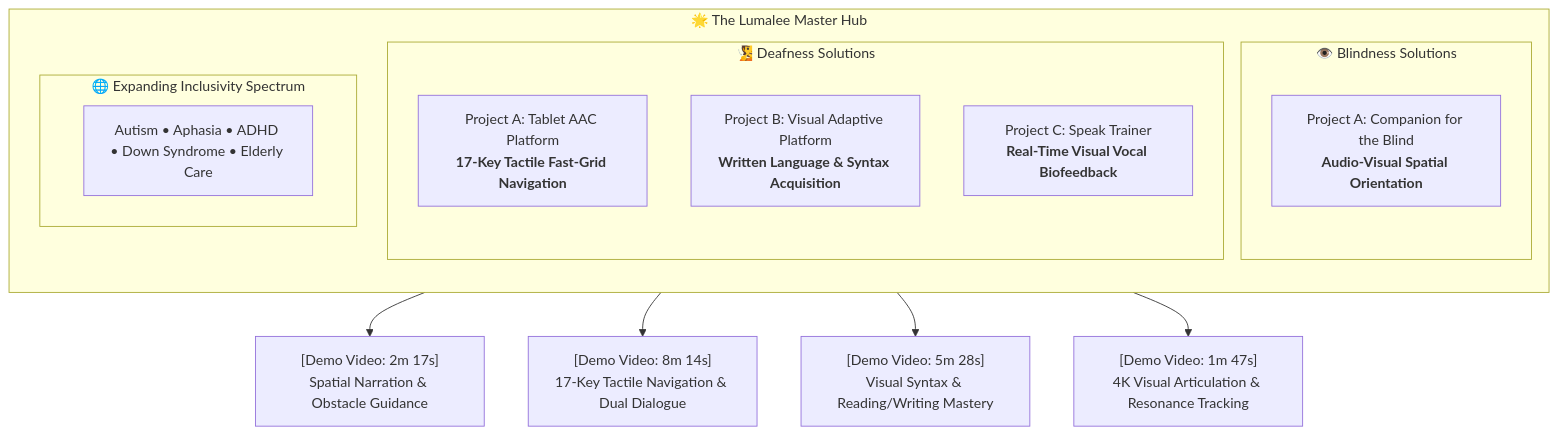
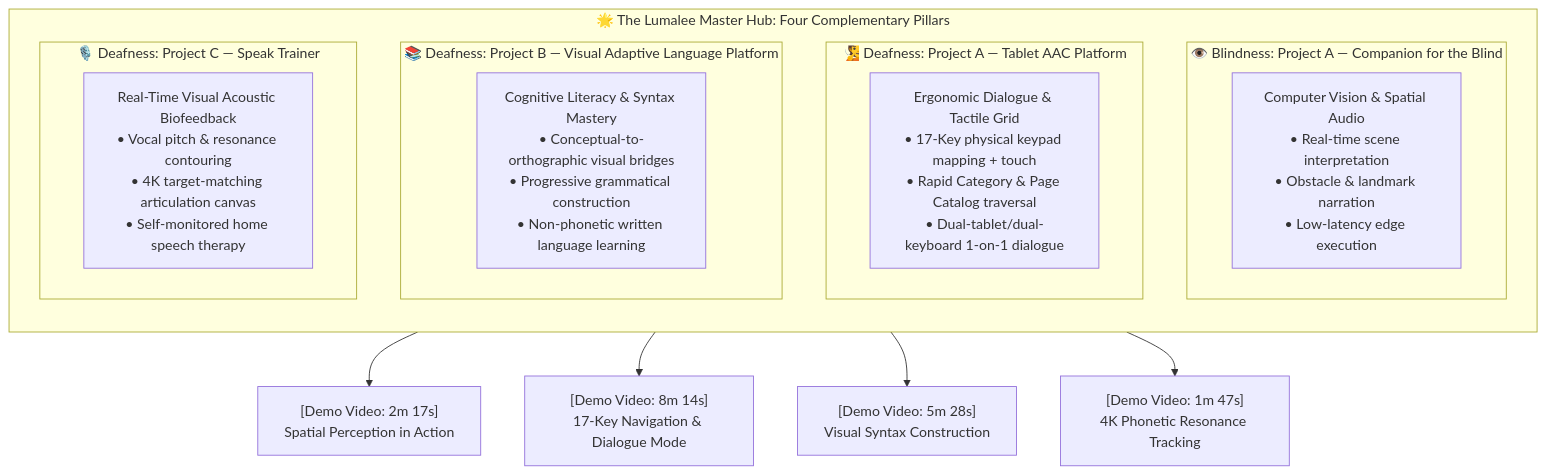
Before and after one commit to luis-angel-montiel-moreno/Lumalee-AssistiveTech-Solutions-Hub: the first of 3 diagrams in FUNDING_AND_SPONSORSHIP_DOSSIER.md, drawn with Mermaid. The commit also changed other lines of this file, not shown here.

Commit message:
Harmonize sponsorship dossier with master hub architecture across all 4 pillars

````diff
--- a/FUNDING_AND_SPONSORSHIP_DOSSIER.md
+++ b/FUNDING_AND_SPONSORSHIP_DOSSIER.md
@@ -69,25 +71,27 @@
 ```mermaid
 flowchart TD
-    subgraph MasterHub["🌟 The Lumalee Master Hub"]
+    subgraph MasterHub["🌟 The Lumalee Master Hub: Four Complementary Pillars"]
         direction TB
 
-        subgraph BlindSection["👁️ Blindness Solutions"]
-            P_Blind["Project A: Companion for the Blind<br/><b>Audio-Visual Spatial Orientation</b>"]
+        subgraph P1["👁️ Blindness: Project A — Companion for the Blind"]
+            T1["Computer Vision & Spatial Audio<br/>• Real-time scene interpretation<br/>• Obstacle & landmark narration<br/>• Low-latency edge execution"]
         end
 
-        subgraph DeafSection["🧏 Deafness Solutions"]
-            P_DeafA["Project A: Tablet AAC Platform<br/><b>17-Key Tactile Fast-Grid Navigation</b>"]
-            P_DeafB["Project B: Visual Adaptive Platform<br/><b>Written Language & Syntax Acquisition</b>"]
-            P_DeafC["Project C: Speak Trainer<br/><b>Real-Time Visual Vocal Biofeedback</b>"]
+        subgraph P2["🧏 Deafness: Project A — Tablet AAC Platform"]
+            T2["Ergonomic Dialogue & Tactile Grid<br/>• 17-Key physical keypad mapping + touch<br/>• Rapid Category & Page Catalog traversal<br/>• Dual-tablet/dual-keyboard 1-on-1 dialogue"]
         end
 
-        subgraph ExtSection["🌐 Expanding Inclusivity Spectrum"]
-            P_Ext["Autism • Aphasia • ADHD • Down Syndrome • Elderly Care"]
+        subgraph P3["📚 Deafness: Project B — Visual Adaptive Language Platform"]
+            T3["Cognitive Literacy & Syntax Mastery<br/>• Conceptual-to-orthographic visual bridges<br/>• Progressive grammatical construction<br/>• Non-phonetic written language learning"]
+        end
+
+        subgraph P4["🎙️ Deafness: Project C — Speak Trainer"]
+            T4["Real-Time Visual Acoustic Biofeedback<br/>• Vocal pitch & resonance contouring<br/>• 4K target-matching articulation canvas<br/>• Self-monitored home speech therapy"]
         end
     end
 
-    P_Blind --> Demo1["[Demo Video: 2m 17s]<br/>Spatial Narration & Obstacle Guidance"]
-    P_DeafA --> Demo2["[Demo Video: 8m 14s]<br/>17-Key Tactile Navigation & Dual Dialogue"]
-    P_DeafB --> Demo3["[Demo Video: 5m 28s]<br/>Visual Syntax & Reading/Writing Mastery"]
-    P_DeafC --> Demo4["[Demo Video: 1m 47s]<br/>4K Visual Articulation & Resonance Tracking"]
+    P1 --> D1["[Demo Video: 2m 17s]<br/>Spatial Perception in Action"]
+    P2 --> D2["[Demo Video: 8m 14s]<br/>17-Key Navigation & Dialogue Mode"]
+    P3 --> D3["[Demo Video: 5m 28s]<br/>Visual Syntax Construction"]
+    P4 --> D4["[Demo Video: 1m 47s]<br/>4K Phonetic Resonance Tracking"]
 ```
````
